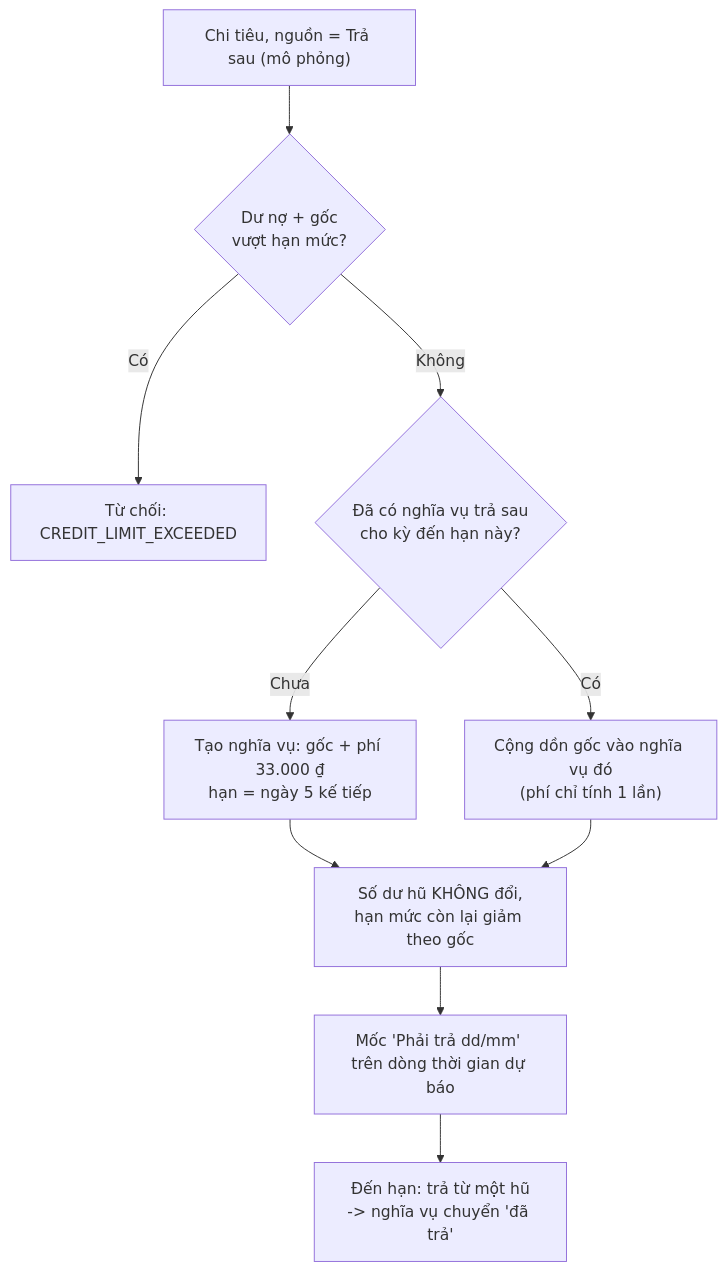
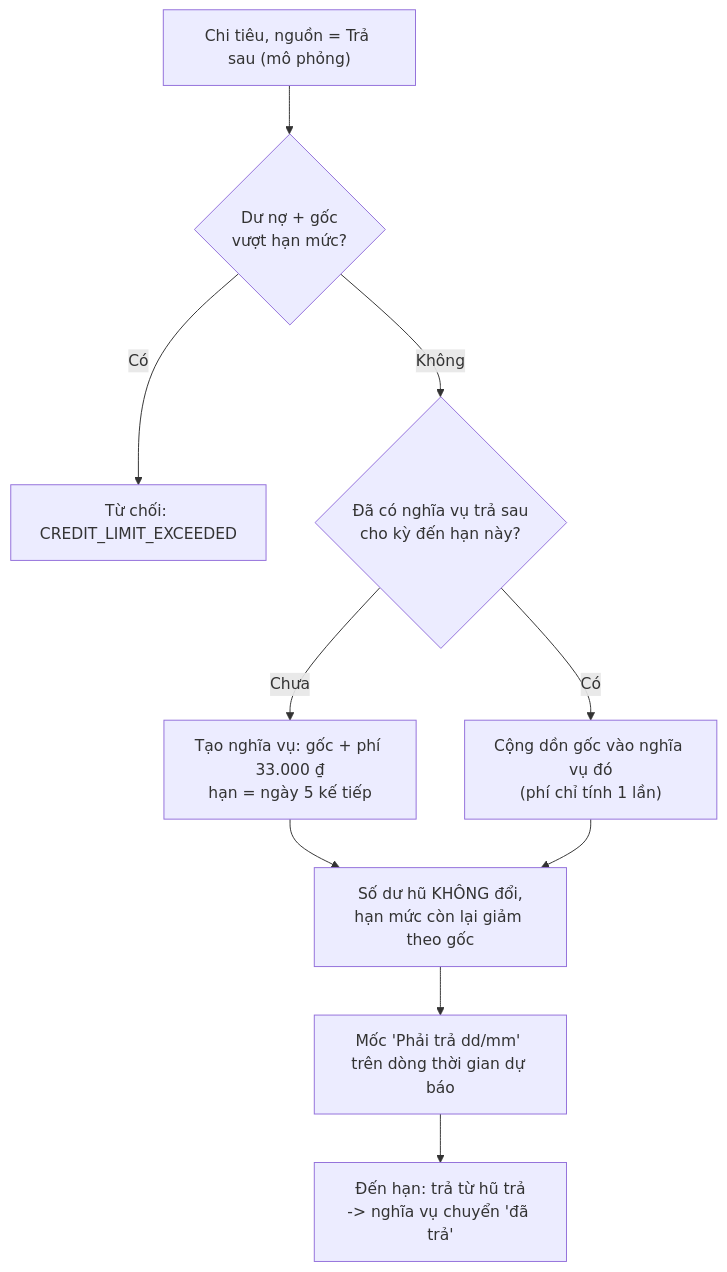
One commit to thphuc06/HCPUS_MoMoMentum changed the ninth of 22 diagrams in docs/ba/07-dac-ta-luong-hoat-dong.md. Above: the diagram before and after it, drawn with Mermaid. The commit also changed other lines of this file and 2 other files, not shown here.

````diff
--- a/docs/ba/07-dac-ta-luong-hoat-dong.md
+++ b/docs/ba/07-dac-ta-luong-hoat-dong.md
@@ -332,11 +333,11 @@
 ```mermaid
 flowchart TD
     B["Chi tiêu, nguồn = Trả sau (mô phỏng)"] --> LIM{"Dư nợ + gốc<br/>vượt hạn mức?"}
     LIM -- Có --> REJ["Từ chối: CREDIT_LIMIT_EXCEEDED"]
     LIM -- Không --> OB{"Đã có nghĩa vụ trả sau<br/>cho kỳ đến hạn này?"}
     OB -- Chưa --> NEW["Tạo nghĩa vụ: gốc + phí 33.000 ₫<br/>hạn = ngày 5 kế tiếp"]
     OB -- Có --> ADD["Cộng dồn gốc vào nghĩa vụ đó<br/>(phí chỉ tính 1 lần)"]
     NEW & ADD --> NOJ["Số dư hũ KHÔNG đổi,<br/>hạn mức còn lại giảm theo gốc"]
     NOJ --> MK["Mốc 'Phải trả dd/mm' trên dòng thời gian dự báo"]
-    MK --> PAY["Đến hạn: trả từ một hũ<br/>-> nghĩa vụ chuyển 'đã trả'"]
+    MK --> PAY["Đến hạn: trả từ hũ trả<br/>-> nghĩa vụ chuyển 'đã trả'"]
 ```
````
